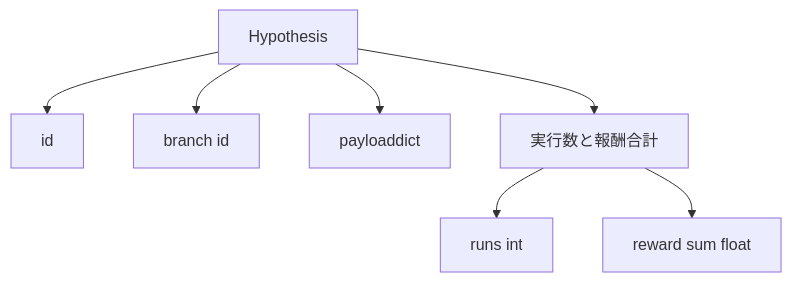
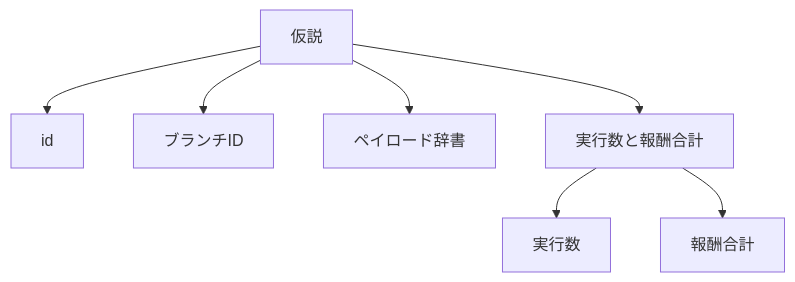
The second of 3 diagrams in content/phases/19-capstone-projects/56-iteration-scheduler/lesson.ja.md (shoshoshomen/synapse-academy), drawn with Mermaid before and after one commit. The commit also changed other lines of this file and 124 other files, not shown here.

First line of the commit message:
feat(i18n): mermaid図のラベルを日本語化(194レッスン/374図)

````diff
--- a/content/phases/19-capstone-projects/56-iteration-scheduler/lesson.ja.md
+++ b/content/phases/19-capstone-projects/56-iteration-scheduler/lesson.ja.md
@@ -40,9 +40,9 @@
 ```mermaid
 flowchart TB
-    Hyp[Hypothesis] --> Id[id]
-    Hyp --> Branch[branch id]
-    Hyp --> Payload[payloaddict]
-    Hyp --> Stats[実行数と報酬合計]
-    Stats --> Runs[runs int]
-    Stats --> Sum[reward sum float]
+    Hyp["仮説"] --> Id["id"]
+    Hyp --> Branch["ブランチID"]
+    Hyp --> Payload["ペイロード辞書"]
+    Hyp --> Stats["実行数と報酬合計"]
+    Stats --> Runs["実行数"]
+    Stats --> Sum["報酬合計"]
 ```
````
